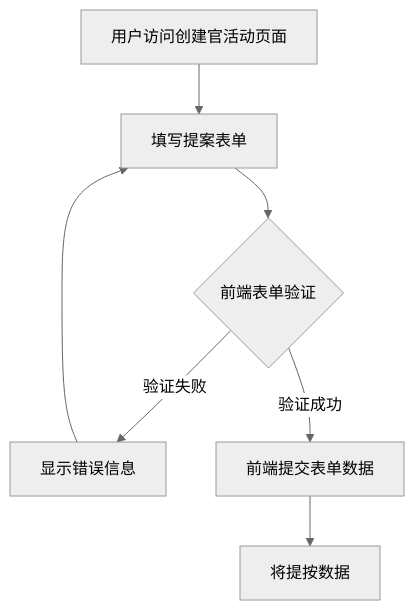
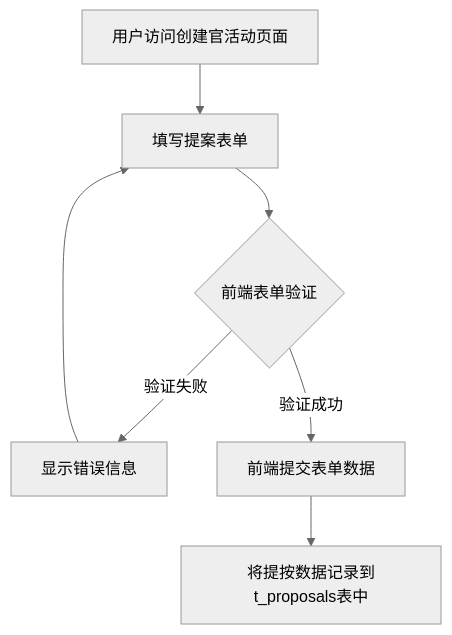
Before and after one commit to yingjianzh/iodraw-files: the diagram in all/未命名-72.md, drawn with Mermaid (neutral theme).

Commit message:
2025-07-03 18:12:34 update

````diff
--- a/all/未命名-72.md
+++ b/all/未命名-72.md
@@ -1,11 +1,11 @@
 ```mermaid
 
 flowchart TD
     A[用户访问创建官活动页面] --> B[填写提案表单]
     B --> C{前端表单验证}
     C -->|验证失败| D[显示错误信息]
     D --> B
     C -->|验证成功| E[前端提交表单数据]
-    E --> F[将提按数据]
+    E --> F[将提按数据记录到t_proposals表中]
 
 ```
````
